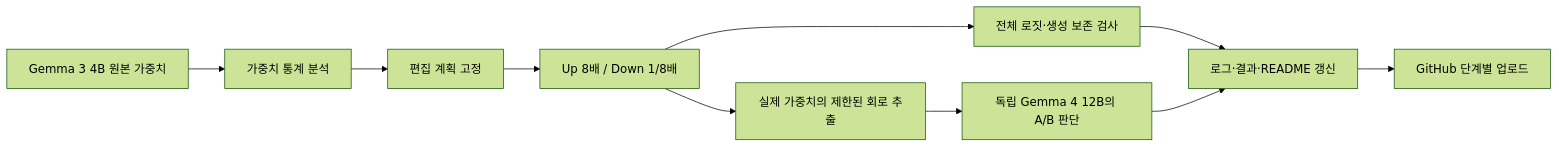
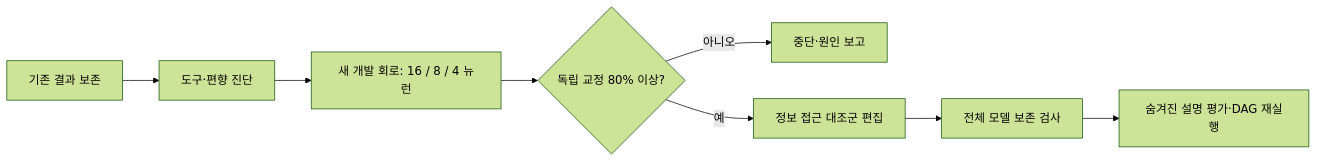
The diagram in README.md (PigeonLabs/LAB_Gemma3_WSP), drawn with Mermaid (forest theme) before and after one commit. The commit also changed other lines of this file and 17 other files, not shown here.

````diff
--- a/README.md
+++ b/README.md
@@ -17,12 +9,10 @@
 ```mermaid
 flowchart LR
-    A[Gemma 3 4B 원본 가중치] --> B[가중치 통계 분석]
-    B --> C[편집 계획 고정]
-    C --> D[Up 8배 / Down 1/8배]
-    D --> E[전체 로짓·생성 보존 검사]
-    D --> F[실제 가중치의 제한된 회로 추출]
-    F --> G[독립 Gemma 4 12B의 A/B 판단]
-    E --> H[로그·결과·README 갱신]
-    G --> H
-    H --> I[GitHub 단계별 업로드]
+  A[기존 결과 보존] --> B[도구·편향 진단]
+  B --> C[새 개발 회로: 16 / 8 / 4 뉴런]
+  C --> D{독립 교정 80% 이상?}
+  D -->|아니오| E[중단·원인 보고]
+  D -->|예| F[정보 접근 대조군 편집]
+  F --> G[전체 모델 보존 검사]
+  G --> H[숨겨진 설명 평가·DAG 재실행]
 ```
````
